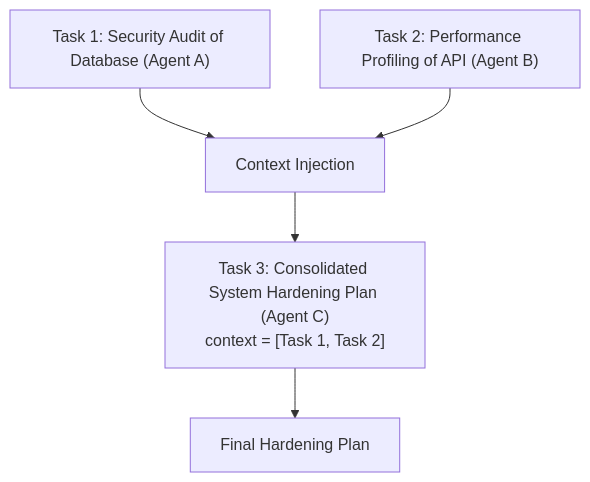
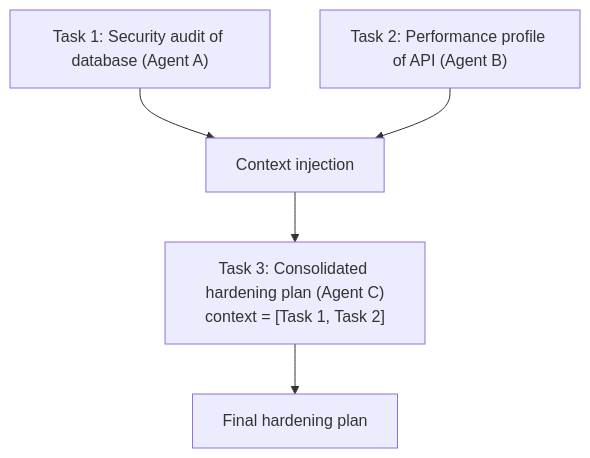
Diagram 18 of 27 in README.md (TheLearningHubOrg/learn-crewai), drawn with Mermaid before and after one commit. The commit also changed other lines of this file and 32 other files, not shown here.

````diff
--- a/README.md
+++ b/README.md
@@ -542,8 +1451,7 @@
 ```mermaid
 flowchart TD
-    T1["Task 1: Security Audit of Database (Agent A)"] --> Join["Context Injection"]
-    T2["Task 2: Performance Profiling of API (Agent B)"] --> Join
-    
-    Join --> T3["Task 3: Consolidated System Hardening Plan (Agent C)<br/>context = [Task 1, Task 2]"]
-    T3 --> FinalDeliverable["Final Hardening Plan"]
+    T1["Task 1: Security audit of database (Agent A)"] --> Join["Context injection"]
+    T2["Task 2: Performance profile of API (Agent B)"] --> Join
+    Join --> T3["Task 3: Consolidated hardening plan (Agent C)<br/>context = [Task 1, Task 2]"]
+    T3 --> FinalDeliverable["Final hardening plan"]
 ```
````
